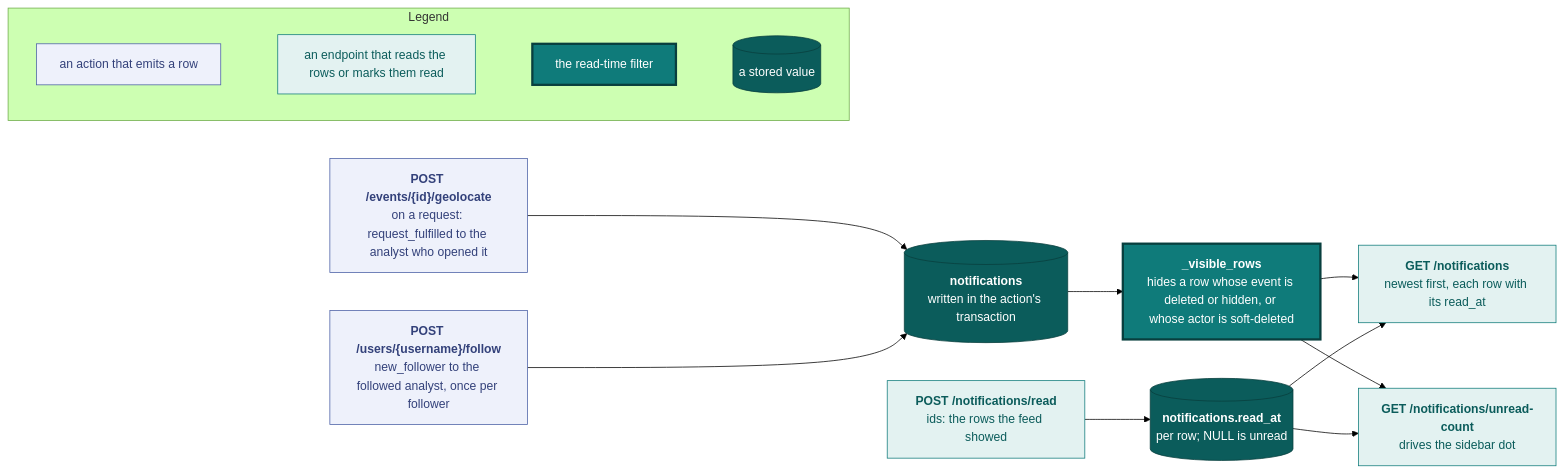
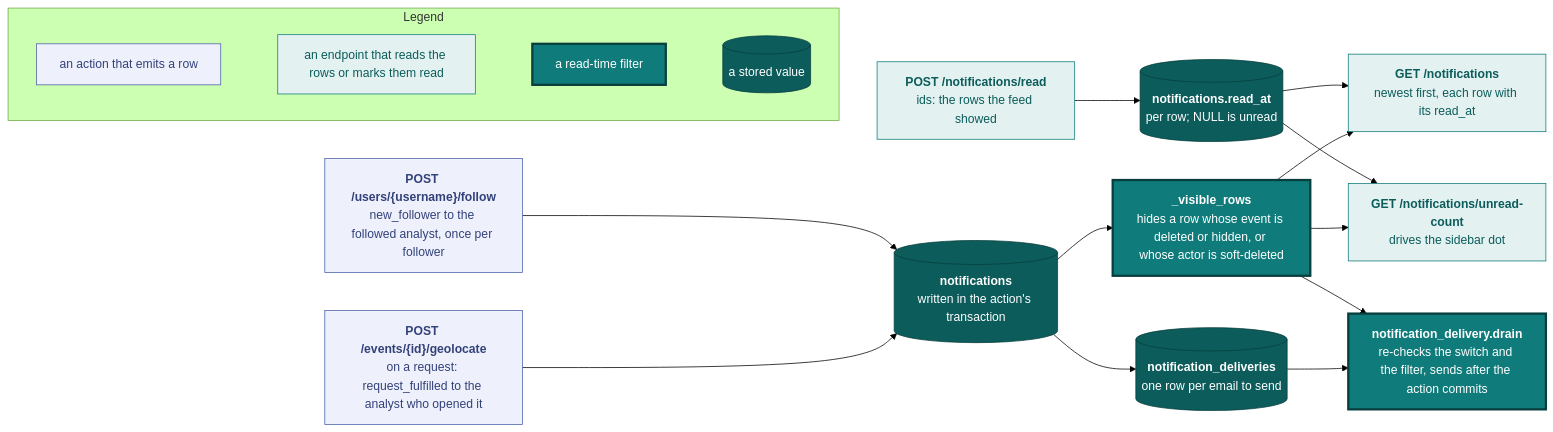
One commit to vidithq/vidit changed the third of 3 diagrams in docs/api.md. Above: the diagram before and after it, drawn with Mermaid (forest theme). The commit also changed other lines of this file and 21 other files, not shown here.

First line of the commit message:
feat: branded email layout and notification email delivery (#566)

````diff
--- a/docs/api.md
+++ b/docs/api.md
@@ -1818,42 +1818,48 @@
 ```mermaid
 flowchart LR
   classDef spec fill:#eef1fb,stroke:#4a5fa5,color:#33417a
   classDef shared fill:#e3f2f1,stroke:#0f7b7a,color:#0b5c5b
   classDef core fill:#0f7b7a,stroke:#083f3e,stroke-width:3px,color:#ffffff
   classDef store fill:#0b5c5b,stroke:#083f3e,color:#ffffff
 
   subgraph legend [Legend]
     direction LR
     l1["`an action that emits a row`"]:::spec
     l2["`an endpoint that reads the rows or marks them read`"]:::shared
-    l3["`the read-time filter`"]:::core
+    l3["`a read-time filter`"]:::core
     l4[("`a stored value`")]:::store
     l1 ~~~ l2 ~~~ l3 ~~~ l4
   end
 
   geolocate["`**POST /events/{id}/geolocate**
   on a request: request_fulfilled to the analyst who opened it`"]:::spec
   follow["`**POST /users/{username}/follow**
   new_follower to the followed analyst, once per follower`"]:::spec
   rows[("`**notifications**
   written in the action's transaction`")]:::store
   visible["`**_visible_rows**
   hides a row whose event is deleted or hidden, or whose actor is soft-deleted`"]:::core
   feed["`**GET /notifications**
   newest first, each row with its read_at`"]:::shared
   count["`**GET /notifications/unread-count**
   drives the sidebar dot`"]:::shared
   read["`**POST /notifications/read**
   ids: the rows the feed showed`"]:::shared
   readat[("`**notifications.read_at**
   per row; NULL is unread`")]:::store
+  queue[("`**notification_deliveries**
+  one row per email to send`")]:::store
+  worker["`**notification_delivery.drain**
+  re-checks the switch and the filter, sends after the action commits`"]:::core
 
   geolocate --> rows
   follow --> rows
   rows --> visible
   visible --> feed
   visible --> count
   read --> readat
   readat --> count
   readat --> feed
+  rows --> queue --> worker
+  visible --> worker
 ```
````
